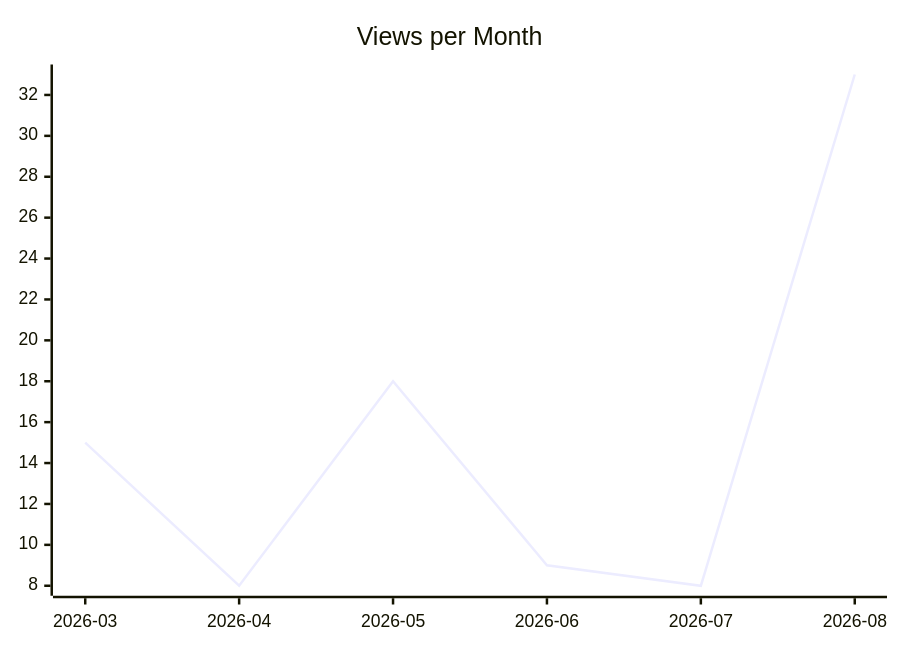
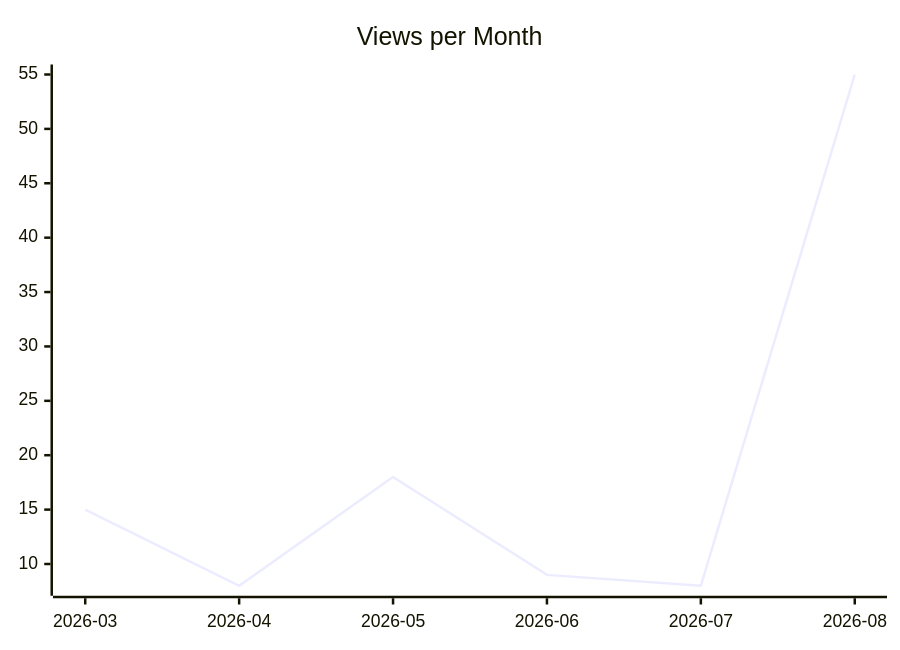
Before and after one commit to justdavis-family/github-analytics-data: the second of 3 diagrams in karlmdavis/xmlpull/README.md, drawn with Mermaid. The commit also changed other lines of this file and 190 other files, not shown here.

````diff
--- a/karlmdavis/xmlpull/README.md
+++ b/karlmdavis/xmlpull/README.md
@@ -12,6 +12,6 @@
 ```mermaid
 xychart-beta
   title "Views per Month"
   x-axis ["2026-03", "2026-04", "2026-05", "2026-06", "2026-07", "2026-08"]
-  line [15, 8, 18, 9, 8, 33]
+  line [15, 8, 18, 9, 8, 55]
 ```
````
